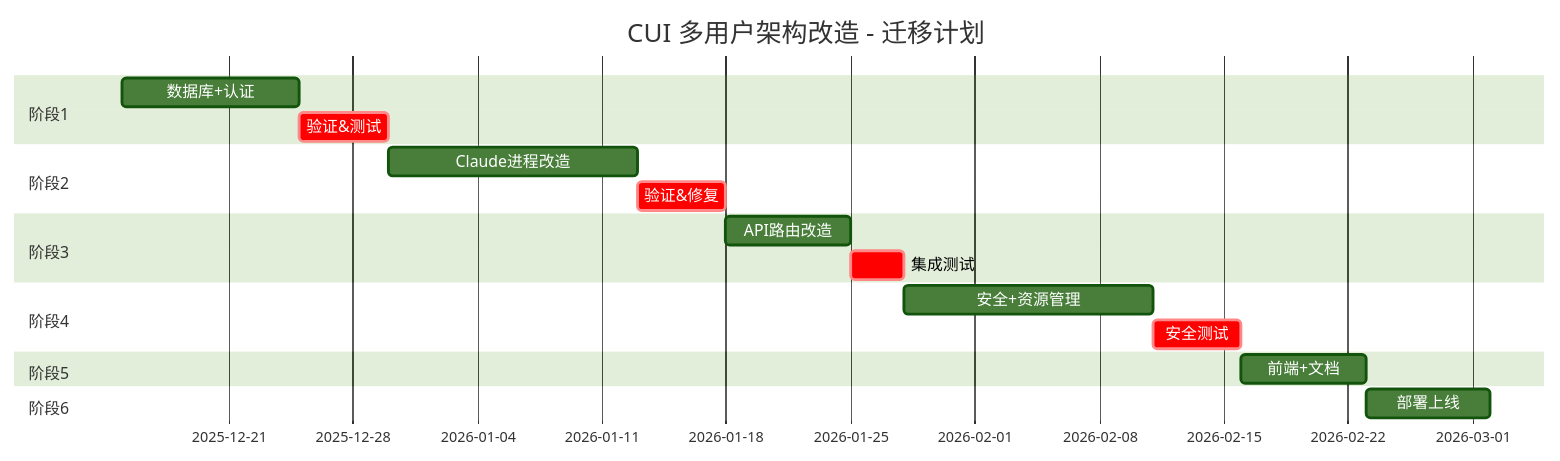
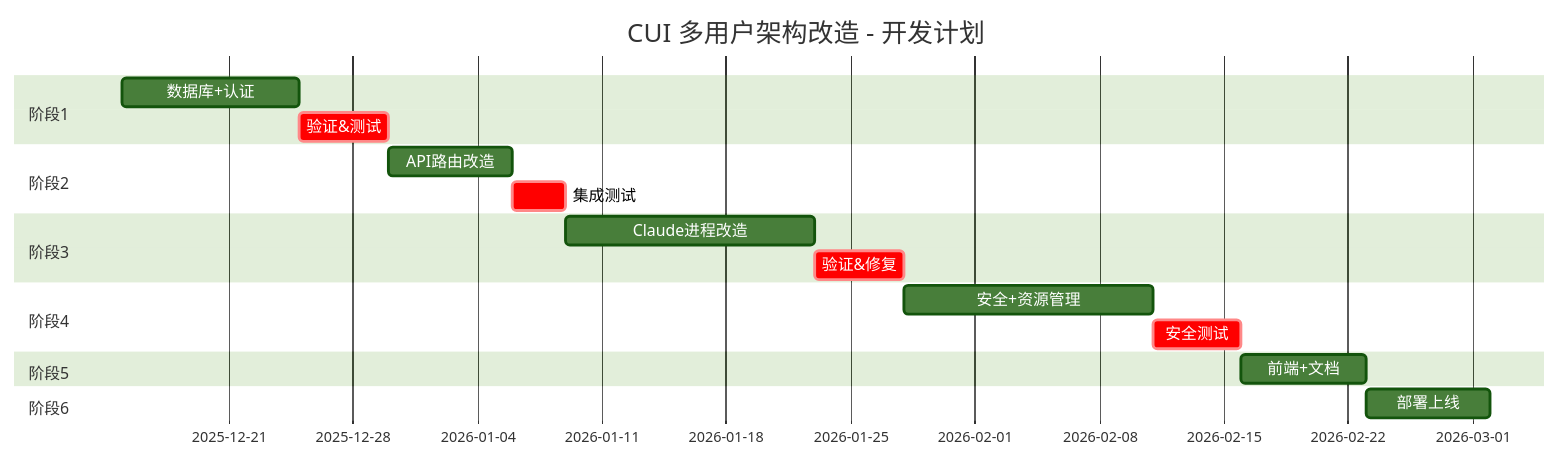
Before and after one commit to WeDataSphere/cui: the first of 4 diagrams in docs/dev-0.0.1/design/多用户架构改造_设计.md, drawn with Mermaid (forest theme). The commit also changed other lines of this file, not shown here.

Commit message:
设计方案优化

````diff
--- a/docs/dev-0.0.1/design/多用户架构改造_设计.md
+++ b/docs/dev-0.0.1/design/多用户架构改造_设计.md
@@ -177,27 +177,27 @@
 ```mermaid
 gantt
-    title CUI 多用户架构改造 - 迁移计划
+    title CUI 多用户架构改造 - 开发计划
     dateFormat  YYYY-MM-DD
 
     section 阶段1
     数据库+认证      :a1, 2025-12-15, 10d
     验证&测试        :crit, a1e, after a1, 5d
 
     section 阶段2
-    Claude进程改造   :b1, after a1e, 14d
-    验证&修复        :crit, b1e, after b1, 5d
+    API路由改造      :b1, after a1e, 7d
+    集成测试         :crit, b1e, after b1, 3d
 
     section 阶段3
-    API路由改造      :c1, after b1e, 7d
-    集成测试         :crit, c1e, after c1, 3d
+    Claude进程改造   :c1, after b1e, 14d
+    验证&修复        :crit, c1e, after c1, 5d
 
     section 阶段4
     安全+资源管理    :d1, after c1e, 14d
     安全测试         :crit, d1e, after d1, 5d
 
     section 阶段5
     前端+文档        :e1, after d1e, 7d
 
     section 阶段6
     部署上线         :f1, after e1, 7d
 ```
````
